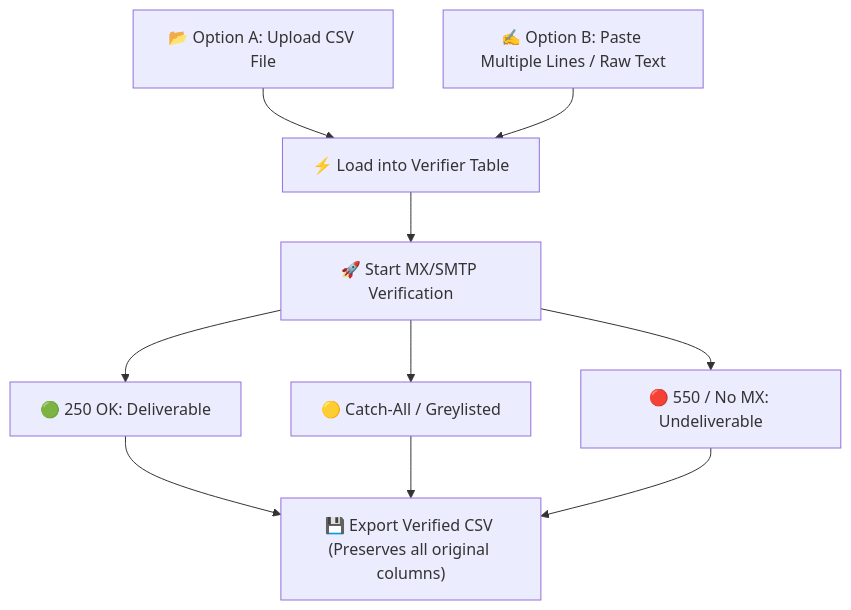
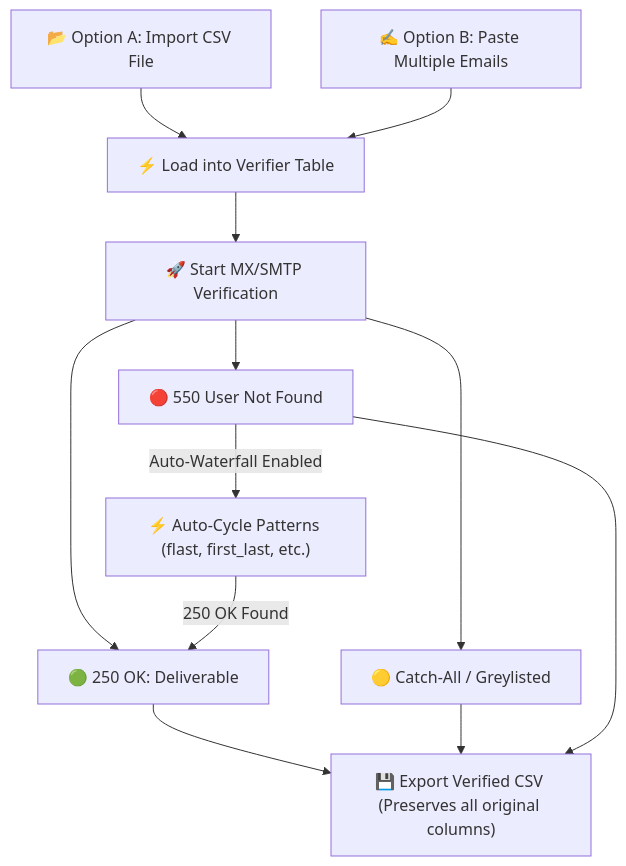
The third of 6 diagrams in USER_GUIDE.md (cankalsoftware/Google-Scrape), drawn with Mermaid before and after one commit. The commit also changed other lines of this file and 5 other files, not shown here.

````diff
--- a/USER_GUIDE.md
+++ b/USER_GUIDE.md
@@ -251,12 +273,14 @@
 ```mermaid
 graph TD
-    A1["📂 Option A: Upload CSV File"] --> C["⚡ Load into Verifier Table"]
-    A2["✍️ Option B: Paste Multiple Lines / Raw Text"] --> C
+    A1["📂 Option A: Import CSV File"] --> C["⚡ Load into Verifier Table"]
+    A2["✍️ Option B: Paste Multiple Emails"] --> C
     C --> D["🚀 Start MX/SMTP Verification"]
     D --> E1["🟢 250 OK: Deliverable"]
     D --> E2["🟡 Catch-All / Greylisted"]
-    D --> E3["🔴 550 / No MX: Undeliverable"]
-    E1 --> F["💾 Export Verified CSV (Preserves all original columns)"]
-    E2 --> F
-    E3 --> F
+    D --> E3["🔴 550 User Not Found"]
+    E3 -->|Auto-Waterfall Enabled| F["⚡ Auto-Cycle Patterns (flast, first_last, etc.)"]
+    F -->|250 OK Found| E1
+    E1 --> G["💾 Export Verified CSV (Preserves all original columns)"]
+    E2 --> G
+    E3 --> G
 ```
````
